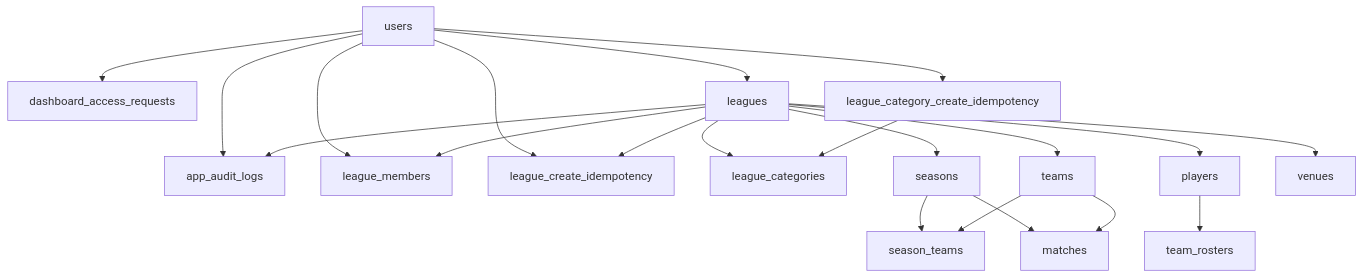
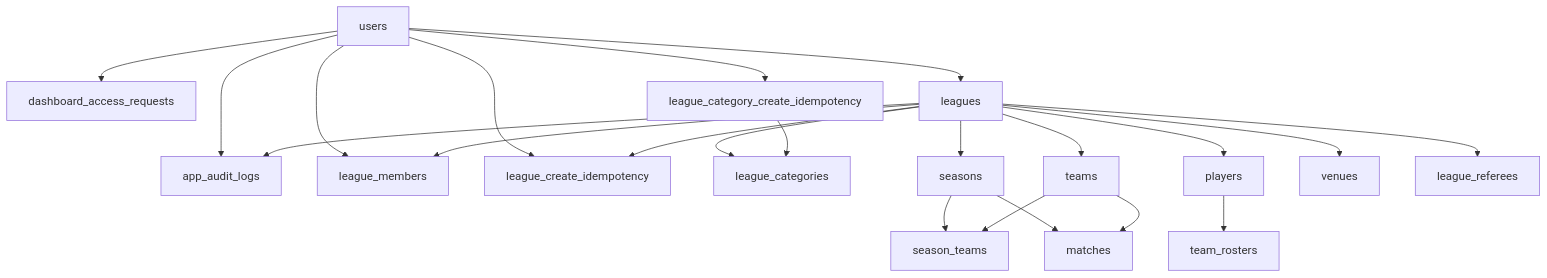
One commit to coderTtxi12/tornea changed the diagram in docs/DATABASE.md. Above: the diagram before and after it, drawn with Mermaid. The commit also changed other lines of this file and 38 other files, not shown here.

````diff
--- a/docs/DATABASE.md
+++ b/docs/DATABASE.md
@@ -18,38 +18,40 @@
 ```mermaid
 flowchart TB
   users[users]
   dashboard_access_requests[dashboard_access_requests]
   app_audit_logs[app_audit_logs]
   leagues[leagues]
   league_members[league_members]
   league_create_idempotency[league_create_idempotency]
   league_categories[league_categories]
   league_category_create_idempotency[league_category_create_idempotency]
   seasons[seasons]
   teams[teams]
   season_teams[season_teams]
   players[players]
   venues[venues]
+  league_referees[league_referees]
   matches[matches]
 
   users --> dashboard_access_requests
   users --> app_audit_logs
   leagues --> app_audit_logs
   users --> leagues
   users --> league_members
   users --> league_create_idempotency
   users --> league_category_create_idempotency
   leagues --> league_members
   leagues --> league_create_idempotency
   leagues --> league_categories
   league_category_create_idempotency --> league_categories
   leagues --> seasons
   leagues --> teams
   leagues --> venues
+  leagues --> league_referees
   leagues --> players
   seasons --> season_teams
   teams --> season_teams
   seasons --> matches
   teams --> matches
   players --> team_rosters
 ```
````
